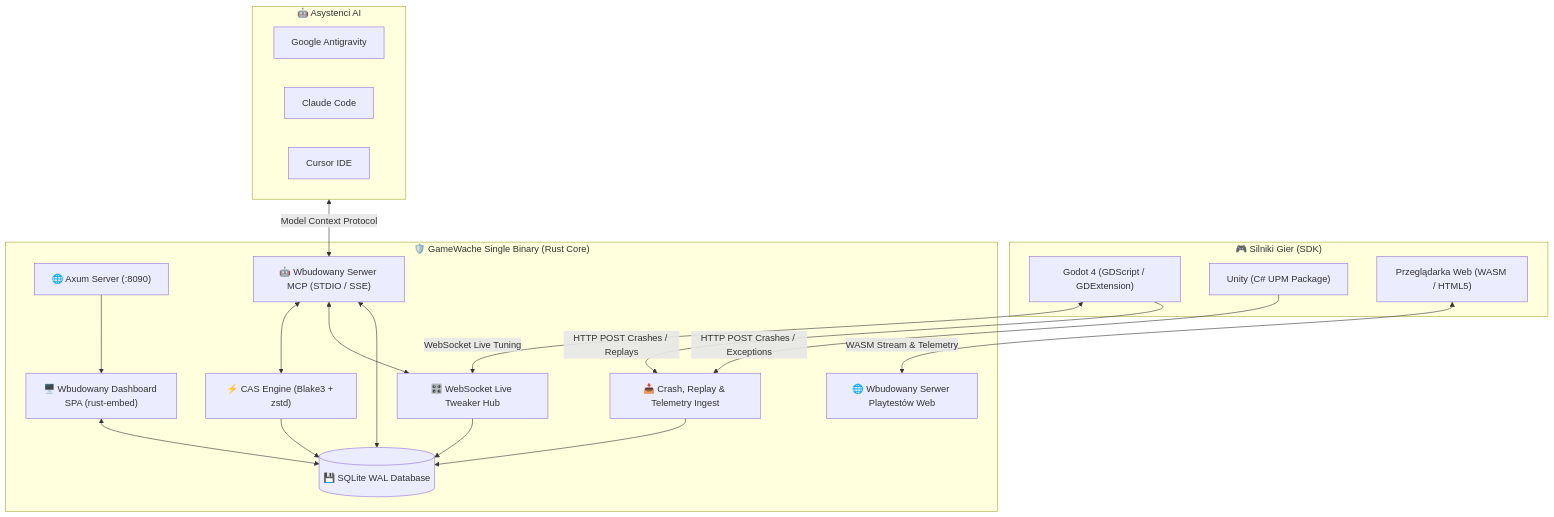
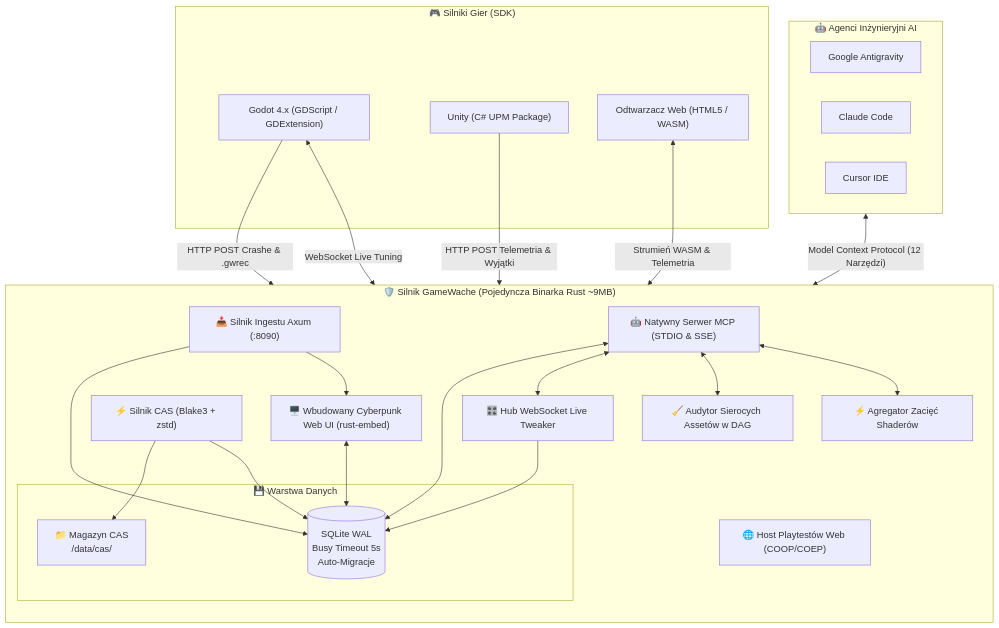
The diagram in README.pl.md (adrian-wulf/gamewache), drawn with Mermaid before and after one commit. The commit also changed other lines of this file and 4 other files, not shown here.

````diff
--- a/README.pl.md
+++ b/README.pl.md
@@ -96,42 +108,51 @@
 ```mermaid
 flowchart TD
     subgraph Clients["🎮 Silniki Gier (SDK)"]
-        GodotClient["Godot 4 (GDScript / GDExtension)"]
+        GodotClient["Godot 4.x (GDScript / GDExtension)"]
         UnityClient["Unity (C# UPM Package)"]
-        WebPlayer["Przeglądarka Web (WASM / HTML5)"]
+        WasmPlayer["Odtwarzacz Web (HTML5 / WASM)"]
     end
 
-    subgraph Core["🛡️ GameWache Single Binary (Rust Core)"]
-        Router["🌐 Axum Server (:8090)"]
-        Ingest["📥 Crash, Replay & Telemetry Ingest"]
-        Tweaker["🎛️ WebSocket Live Tweaker Hub"]
-        CAS["⚡ CAS Engine (Blake3 + zstd)"]
-        WASMHost["🌐 Wbudowany Serwer Playtestów Web"]
-        DB[(💾 SQLite WAL Database)]
-        WebUI["🖥️ Wbudowany Dashboard SPA (rust-embed)"]
-        MCPEngine["🤖 Wbudowany Serwer MCP (STDIO / SSE)"]
+    subgraph Core["🛡️ Silnik GameWache (Pojedyncza Binarka Rust ~9MB)"]
+        direction TB
+        HttpIngest["📥 Silnik Ingestu Axum (:8090)"]
+        LiveTweaker["🎛️ Hub WebSocket Live Tweaker"]
+        CasEngine["⚡ Silnik CAS (Blake3 + zstd)"]
+        WasmServer["🌐 Host Playtestów Web (COOP/COEP)"]
+        Prewarmer["⚡ Agregator Zacięć Shaderów"]
+        Auditor["🧹 Audytor Sierocych Assetów w DAG"]
+        
+        subgraph StorageLayer["💾 Warstwa Danych"]
+            DB[(SQLite WAL\nBusy Timeout 5s\nAuto-Migracje)]
+            DiskCAS["📁 Magazyn CAS\n/data/cas/<hash>"]
+        end
+
+        Dashboard["🖥️ Wbudowany Cyberpunk Web UI (rust-embed)"]
+        McpServer["🤖 Natywny Serwer MCP (STDIO & SSE)"]
     end
 
-    subgraph AIAgents["🤖 Asystenci AI"]
+    subgraph AIAgents["🤖 Agenci Inżynieryjni AI"]
         Antigravity["Google Antigravity"]
         Claude["Claude Code"]
         Cursor["Cursor IDE"]
     end
 
-    GodotClient -->|"HTTP POST Crashes / Replays"| Ingest
-    GodotClient <-->|"WebSocket Live Tuning"| Tweaker
-    UnityClient -->|"HTTP POST Crashes / Exceptions"| Ingest
-    WebPlayer <-->|"WASM Stream & Telemetry"| WASMHost
+    GodotClient -->|"HTTP POST Crashe & .gwrec"| HttpIngest
+    GodotClient <-->|"WebSocket Live Tuning"| LiveTweaker
+    UnityClient -->|"HTTP POST Telemetria & Wyjątki"| HttpIngest
+    WasmPlayer <-->|"Strumień WASM & Telemetria"| WasmServer
 
-    Ingest --> DB
-    Tweaker --> DB
-    CAS --> DB
-    
-    AIAgents <-->|"Model Context Protocol"| MCPEngine
-    MCPEngine <--> DB
-    MCPEngine <--> Tweaker
-    MCPEngine <--> CAS
+    HttpIngest --> DB
+    LiveTweaker --> DB
+    CasEngine --> DiskCAS
+    CasEngine --> DB
 
-    Router --> WebUI
-    WebUI <--> DB
+    AIAgents <-->|"Model Context Protocol (12 Narzędzi)"| McpServer
+    McpServer <--> DB
+    McpServer <--> LiveTweaker
+    McpServer <--> Auditor
+    McpServer <--> Prewarmer
+
+    HttpIngest --> Dashboard
+    Dashboard <--> DB
 ```
````
